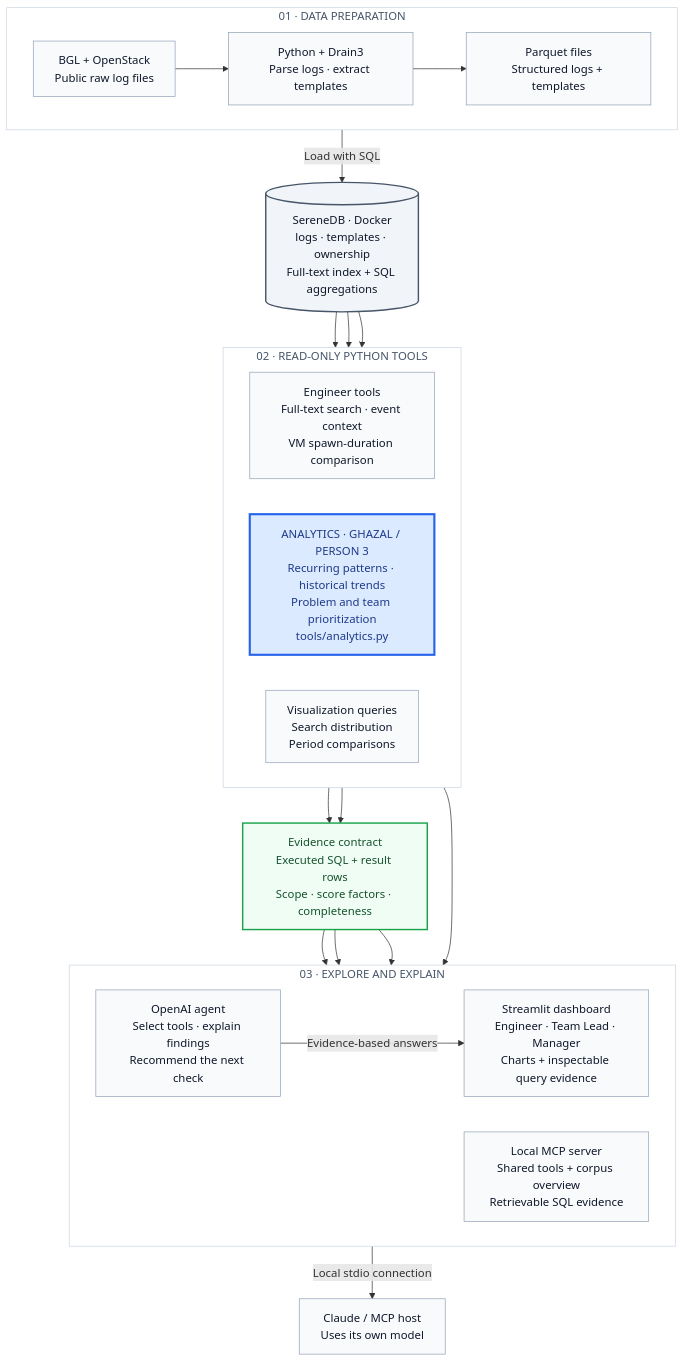
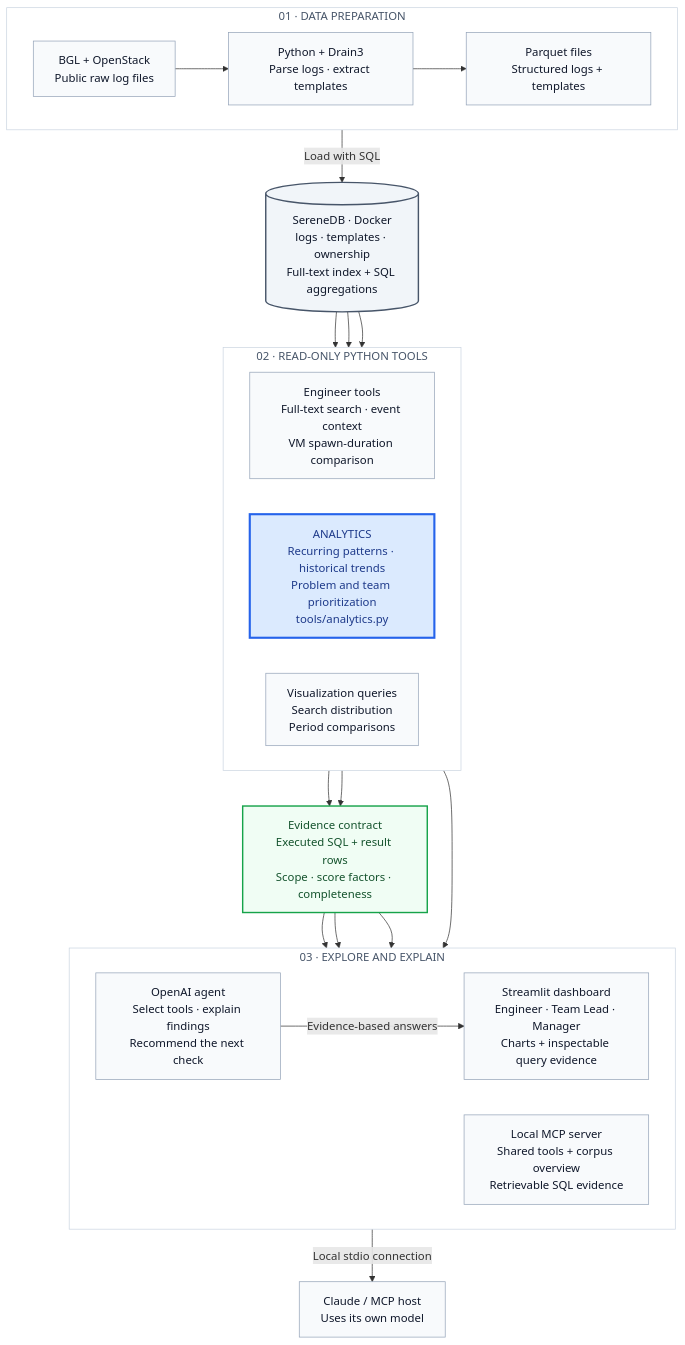
One commit to EreDem/Hackathon changed the diagram in README.md. Above: the diagram before and after it, drawn with Mermaid. The commit also changed other lines of this file, not shown here.

Commit message:
Keep personal attribution only in README team table

````diff
--- a/README.md
+++ b/README.md
@@ -15,53 +15,53 @@
 ```mermaid
 flowchart TB
     subgraph INGEST["01 · DATA PREPARATION"]
         direction LR
         RAW["BGL + OpenStack<br/>Public raw log files"]
         PREP["Python + Drain3<br/>Parse logs · extract templates"]
         PARQUET["Parquet files<br/>Structured logs + templates"]
         RAW --> PREP --> PARQUET
     end
 
     DB[("SereneDB · Docker<br/>logs · templates · ownership<br/>Full-text index + SQL aggregations")]
     PARQUET -->|"Load with SQL"| DB
 
     subgraph TOOLS["02 · READ-ONLY PYTHON TOOLS"]
         direction LR
         ENG["Engineer tools<br/>Full-text search · event context<br/>VM spawn-duration comparison"]
-        ANALYTICS["ANALYTICS · GHAZAL / PERSON 3<br/>Recurring patterns · historical trends<br/>Problem and team prioritization<br/>tools/analytics.py"]
+        ANALYTICS["ANALYTICS<br/>Recurring patterns · historical trends<br/>Problem and team prioritization<br/>tools/analytics.py"]
         VISUALS["Visualization queries<br/>Search distribution<br/>Period comparisons"]
     end
 
     DB --> ENG
     DB --> ANALYTICS
     DB --> VISUALS
     ENG --> EVIDENCE
     ANALYTICS --> EVIDENCE
     EVIDENCE["Evidence contract<br/>Executed SQL + result rows<br/>Scope · score factors · completeness"]
 
     subgraph ACCESS["03 · EXPLORE AND EXPLAIN"]
         direction LR
         UI["Streamlit dashboard<br/>Engineer · Team Lead · Manager<br/>Charts + inspectable query evidence"]
         AGENT["OpenAI agent<br/>Select tools · explain findings<br/>Recommend the next check"]
         MCP["Local MCP server<br/>Shared tools + corpus overview<br/>Retrievable SQL evidence"]
     end
 
     VISUALS --> UI
     EVIDENCE --> UI
     EVIDENCE --> AGENT
     EVIDENCE --> MCP
     AGENT -->|"Evidence-based answers"| UI
     MCP -->|"Local stdio connection"| HOST["Claude / MCP host<br/>Uses its own model"]
 
     classDef neutral fill:#F8FAFC,stroke:#94A3B8,color:#0F172A,stroke-width:1px;
     classDef database fill:#F1F5F9,stroke:#475569,color:#0F172A,stroke-width:2px;
     classDef analytics fill:#DBEAFE,stroke:#2563EB,color:#1E3A8A,stroke-width:3px;
     classDef evidence fill:#F0FDF4,stroke:#16A34A,color:#14532D,stroke-width:2px;
     class RAW,PREP,PARQUET,ENG,VISUALS,UI,AGENT,MCP,HOST neutral;
     class DB database;
     class ANALYTICS analytics;
     class EVIDENCE evidence;
     style INGEST fill:#FFFFFF,stroke:#CBD5E1,color:#475569
     style TOOLS fill:#FFFFFF,stroke:#CBD5E1,color:#475569
     style ACCESS fill:#FFFFFF,stroke:#CBD5E1,color:#475569
 ```
````
